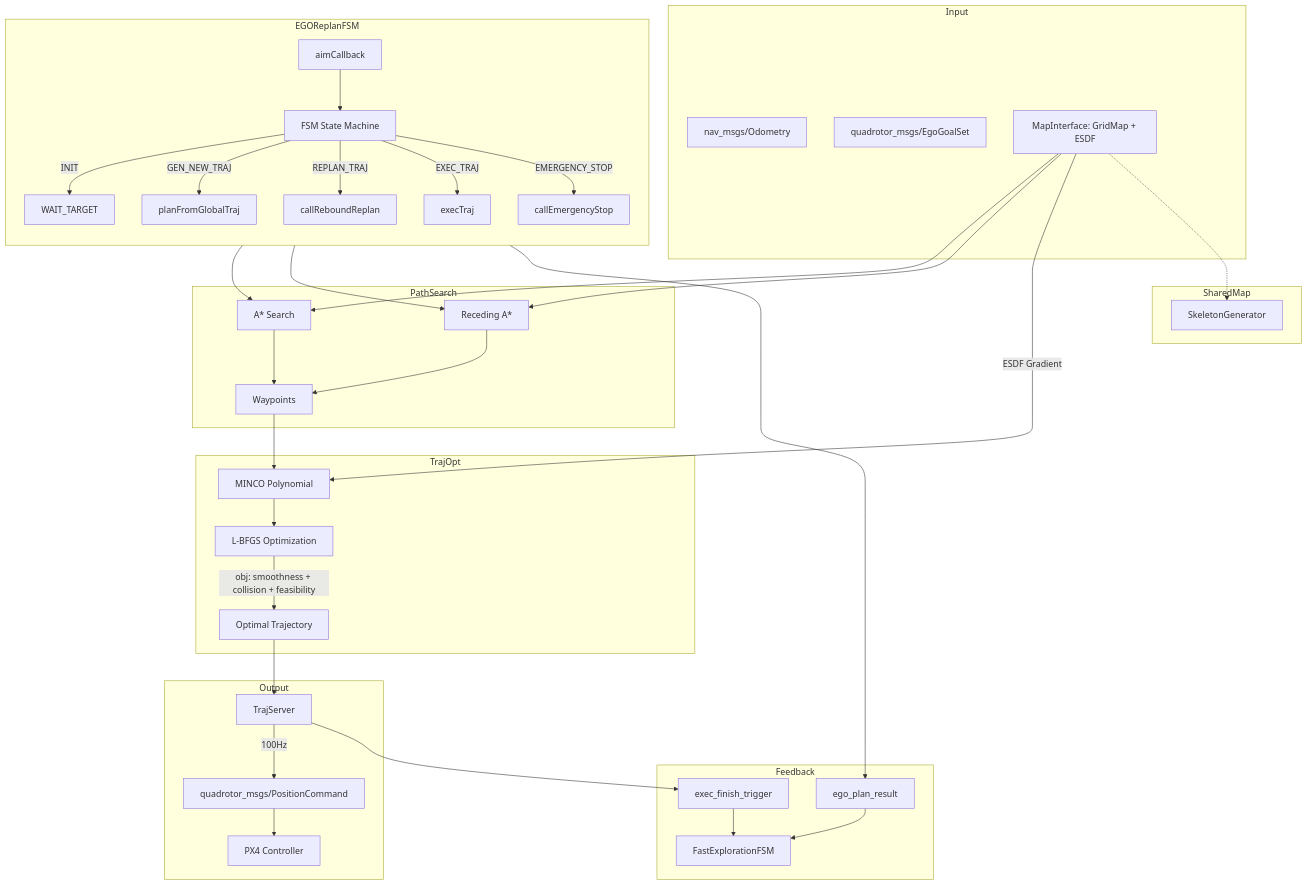
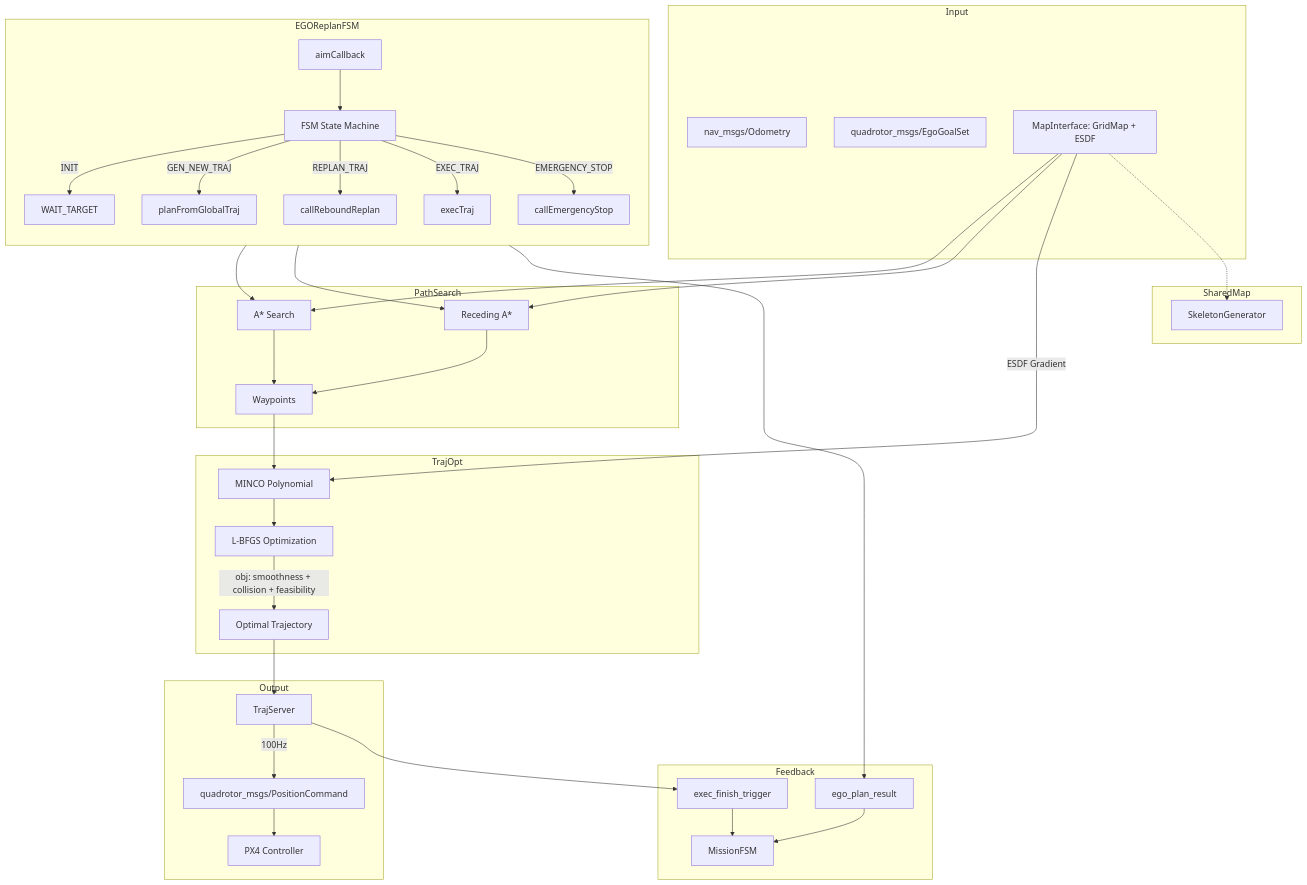
One commit to WarriorHanamy/uss-nav changed the diagram in docs/EGO.md. Above: the diagram before and after it, drawn with Mermaid. The commit also changed other lines of this file and 16 other files, not shown here.

First line of the commit message:
refactor: Rename FastExplorationFSM to MissionFSM and remove GoalSet

````diff
--- a/docs/EGO.md
+++ b/docs/EGO.md
@@ -34,53 +34,53 @@
 ```mermaid
 flowchart TB
     subgraph Input
         ODOM["nav_msgs/Odometry"]
         GOAL["quadrotor_msgs/EgoGoalSet"]
         MAP["MapInterface: GridMap + ESDF"]
     end
 
     subgraph EGOReplanFSM
         direction TB
         AIM["aimCallback"]
         FSM["FSM State Machine"]
         AIM --> FSM
         FSM --> |"INIT"| WAIT["WAIT_TARGET"]
         FSM --> |"GEN_NEW_TRAJ"| PLAN["planFromGlobalTraj"]
         FSM --> |"REPLAN_TRAJ"| REPLAN["callReboundReplan"]
         FSM --> |"EXEC_TRAJ"| EXEC["execTraj"]
         FSM --> |"EMERGENCY_STOP"| STOP["callEmergencyStop"]
     end
 
     subgraph PathSearch
         PLAN --> ASTAR["A* Search"]
         REPLAN --> REASTAR["Receding A*"]
         MAP --> ASTAR
         MAP --> REASTAR
         ASTAR --> WP["Waypoints"]
         REASTAR --> WP
     end
 
     subgraph TrajOpt
         WP --> MINCO["MINCO Polynomial"]
         MAP --> |"ESDF Gradient"| MINCO
         MINCO --> LBFGS["L-BFGS Optimization"]
         LBFGS --> |"obj: smoothness + collision + feasibility"| TRAJ["Optimal Trajectory"]
     end
 
     subgraph Output
         TRAJ --> TS["TrajServer"]  
         TS --> |"100Hz"| PCMD["quadrotor_msgs/PositionCommand"]
         PCMD --> PX4["PX4 Controller"]
     end
 
     subgraph Feedback
         TS --> FINISH["exec_finish_trigger"]
         FSM --> RESULT["ego_plan_result"]
-        FINISH --> FastExplorationFSM
-        RESULT --> FastExplorationFSM
+        FINISH --> MissionFSM
+        RESULT --> MissionFSM
     end
 
     subgraph SharedMap
         MAP -.-> SceneGraph["SkeletonGenerator"]
     end
 ```
````
